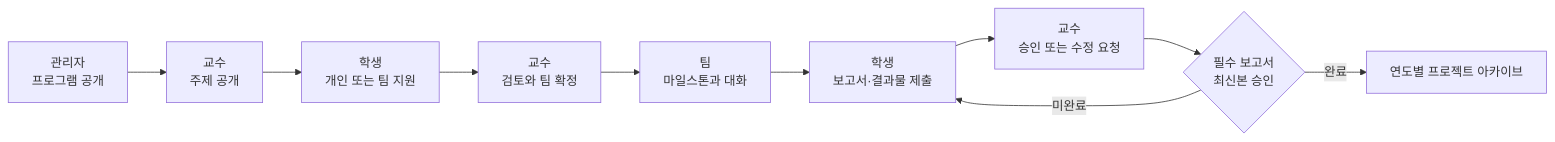
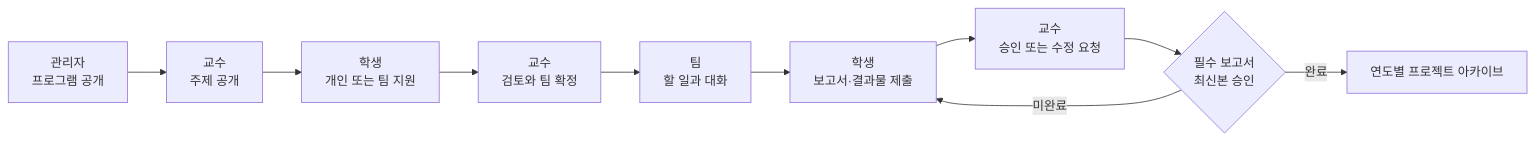
One commit to 2026-PNU-AI-StudyGroup/2026-pnuai-studygroup-01 changed the third of 3 diagrams in README.md. Above: the diagram before and after it, drawn with Mermaid. The commit also changed other lines of this file and 3 other files, not shown here.

````diff
--- a/README.md
+++ b/README.md
@@ -99,12 +99,12 @@
 ```mermaid
 flowchart LR
     Program["관리자<br/>프로그램 공개"] --> Topic["교수<br/>주제 공개"]
     Topic --> Apply["학생<br/>개인 또는 팀 지원"]
     Apply --> Confirm["교수<br/>검토와 팀 확정"]
-    Confirm --> Work["팀<br/>마일스톤과 대화"]
+    Confirm --> Work["팀<br/>할 일과 대화"]
     Work --> Submit["학생<br/>보고서·결과물 제출"]
     Submit --> Review["교수<br/>승인 또는 수정 요청"]
     Review --> Close{"필수 보고서<br/>최신본 승인"}
     Close -->|완료| Archive["연도별 프로젝트 아카이브"]
     Close -->|미완료| Submit
 ```
````
